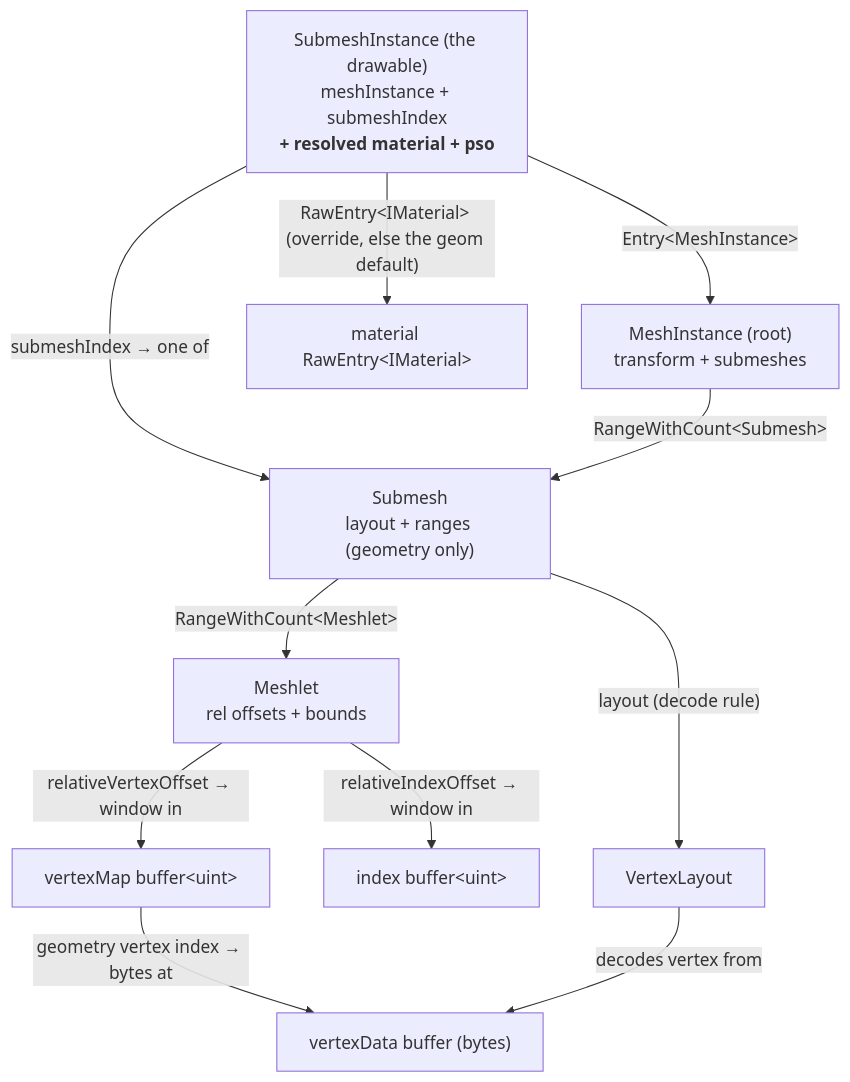
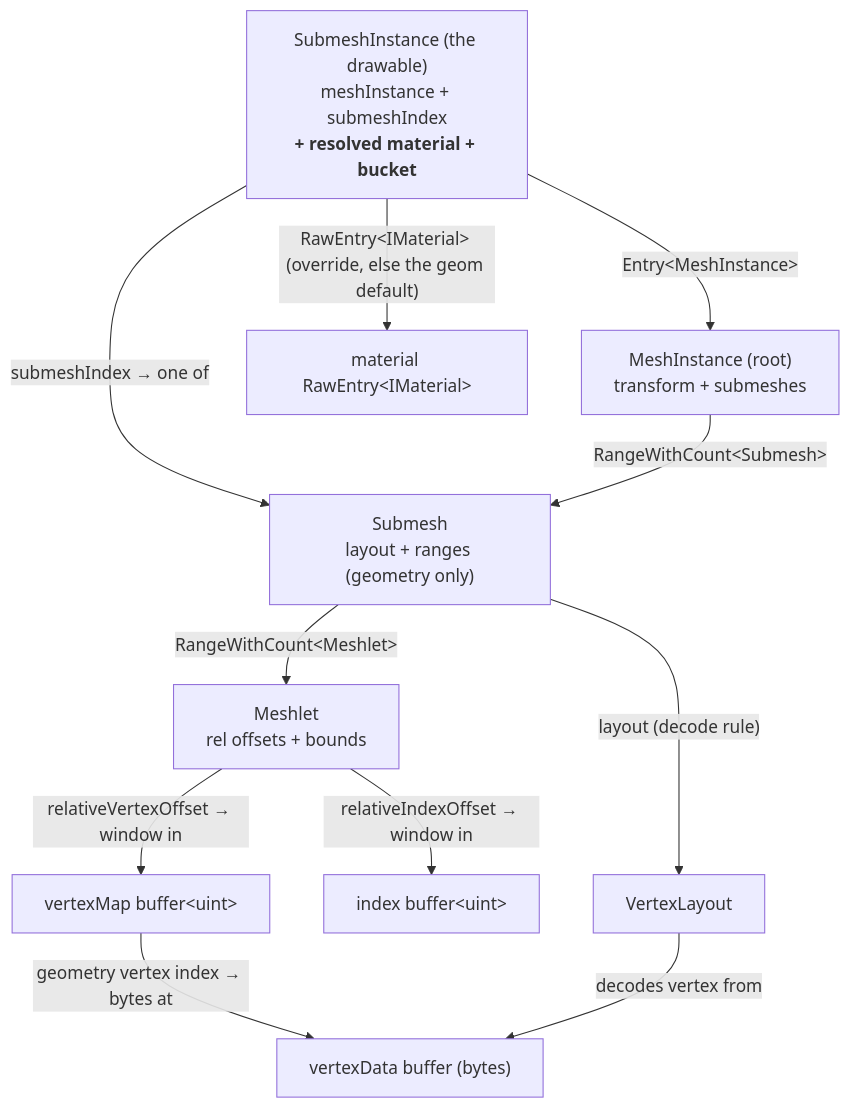
Before and after one commit to alexjiang200407/bernini: the diagram in docs/geometry_layout.md, drawn with Mermaid. The commit also changed other lines of this file and 28 other files, not shown here.

````diff
--- a/docs/geometry_layout.md
+++ b/docs/geometry_layout.md
@@ -208,23 +208,23 @@
 ```mermaid
 flowchart TD
-    Inst["SubmeshInstance (the drawable)<br/>meshInstance + submeshIndex<br/><b>+ resolved material + pso</b>"]
+    Inst["SubmeshInstance (the drawable)<br/>meshInstance + submeshIndex<br/><b>+ resolved material + bucket</b>"]
     Mesh["MeshInstance (root)<br/>transform + submeshes"]
     Submesh["Submesh<br/>layout + ranges (geometry only)"]
     Meshlet["Meshlet<br/>rel offsets + bounds"]
     VMap["vertexMap buffer&lt;uint&gt;"]
     VData["vertexData buffer (bytes)"]
     IdxBuf["index buffer&lt;uint&gt;"]
     Layout["VertexLayout"]
     Mat["material RawEntry&lt;IMaterial&gt;"]
 
     Inst -- "Entry&lt;MeshInstance&gt;" --> Mesh
     Inst -- "submeshIndex → one of" --> Submesh
     Inst -- "RawEntry&lt;IMaterial&gt; (override, else the geom default)" --> Mat
     Mesh -- "RangeWithCount&lt;Submesh&gt;" --> Submesh
     Submesh -- "RangeWithCount&lt;Meshlet&gt;" --> Meshlet
     Submesh -- "layout (decode rule)" --> Layout
     Meshlet -- "relativeVertexOffset → window in" --> VMap
     Meshlet -- "relativeIndexOffset → window in" --> IdxBuf
     VMap -- "geometry vertex index → bytes at" --> VData
     Layout -- "decodes vertex from" --> VData
 ```
````
